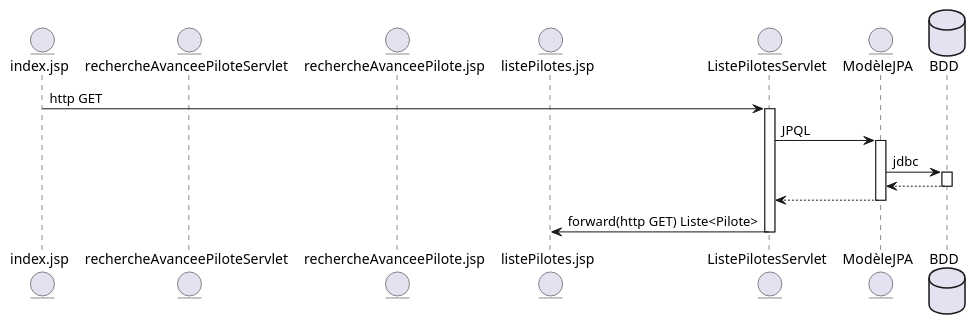
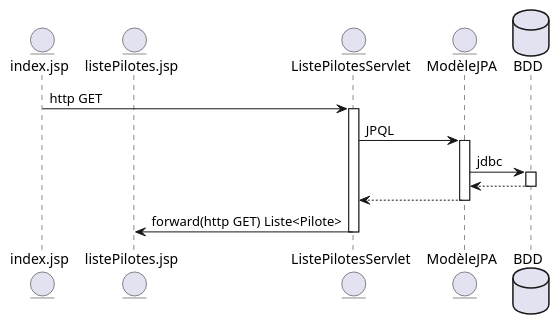
The diagram in Diagrammes/PlantUml/listePilotes.plantuml (roquesfr/Star-Wars), drawn with PlantUML before and after one commit. The commit also changed 11 other files, not shown here.

```diff
--- a/Diagrammes/PlantUml/listePilotes.plantuml
+++ b/Diagrammes/PlantUml/listePilotes.plantuml
@@ -1,23 +1,21 @@
 @startuml Liste Pilotes
 entity index.jsp
-entity rechercheAvanceePiloteServlet as RAPS
-entity rechercheAvanceePilote.jsp as rap
 entity listePilotes.jsp
 entity ListePilotesServlet as LPS
 entity ModèleJPA
 database BDD
 
   index.jsp -> LPS: http GET
   activate LPS
   LPS -> ModèleJPA: JPQL
   activate ModèleJPA
   ModèleJPA -> BDD: jdbc
   activate BDD
   BDD --> ModèleJPA
   deactivate BDD
   ModèleJPA --> LPS
   deactivate ModèleJPA
 
 LPS -> listePilotes.jsp: forward(http GET) Liste<Pilote>
 deactivate LPS
 @enduml
```
